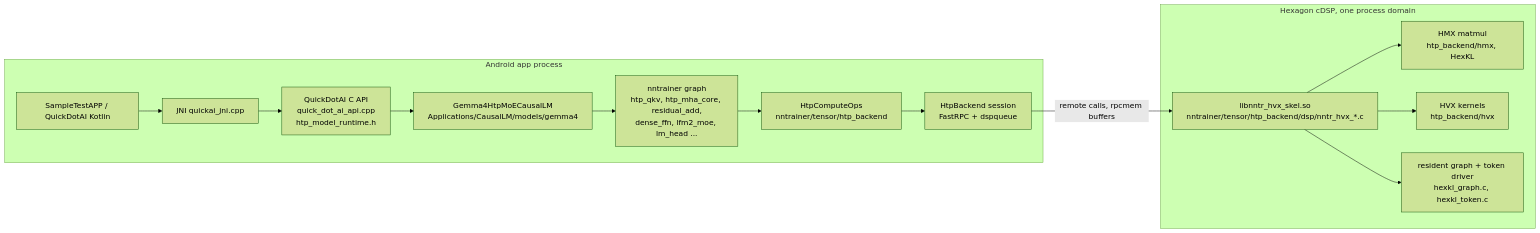
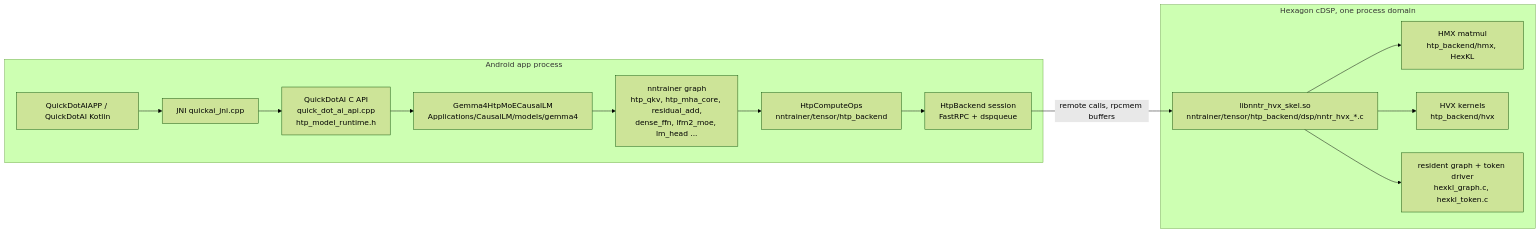
One commit to nntrainer/nntrainer changed the first of 2 diagrams in docs/gemma4-htp-code-guide.md. Above: the diagram before and after it, drawn with Mermaid (forest theme). The commit also changed 6 other files, not shown here.

````diff
--- a/docs/gemma4-htp-code-guide.md
+++ b/docs/gemma4-htp-code-guide.md
@@ -19,17 +19,17 @@
 ```mermaid
 flowchart LR
   subgraph app [Android app process]
-    K[SampleTestAPP / QuickDotAI Kotlin] --> J[JNI quickai_jni.cpp]
+    K[QuickDotAIAPP / QuickDotAI Kotlin] --> J[JNI quickai_jni.cpp]
     J --> C[QuickDotAI C API<br/>quick_dot_ai_api.cpp<br/>htp_model_runtime.h]
     C --> M[Gemma4HtpMoECausalLM<br/>Applications/CausalLM/models/gemma4]
     M --> G[nntrainer graph<br/>htp_qkv, htp_mha_core, residual_add,<br/>dense_ffn, lfm2_moe, lm_head ...]
     G --> O[HtpComputeOps<br/>nntrainer/tensor/htp_backend]
     O --> S[HtpBackend session<br/>FastRPC + dspqueue]
   end
   S -- "remote calls, rpcmem buffers" --> D
   subgraph dsp [Hexagon cDSP, one process domain]
     D[libnntr_hvx_skel.so<br/>nntrainer/tensor/htp_backend/dsp/nntr_hvx_*.c] --> H[HMX matmul<br/>htp_backend/hmx, HexKL]
     D --> V[HVX kernels<br/>htp_backend/hvx]
     D --> T[resident graph + token driver<br/>hexkl_graph.c, hexkl_token.c]
   end
 ```
````
